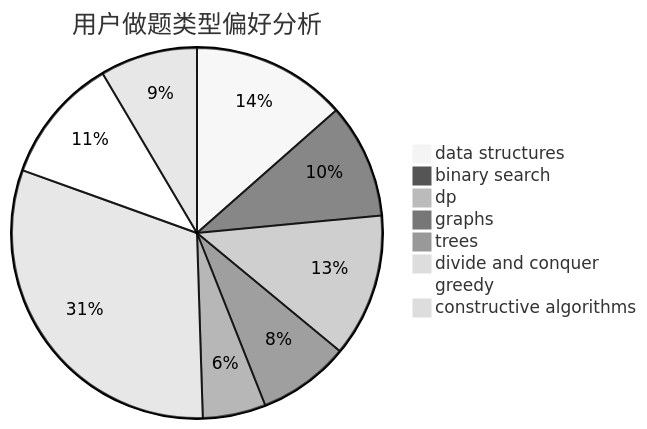
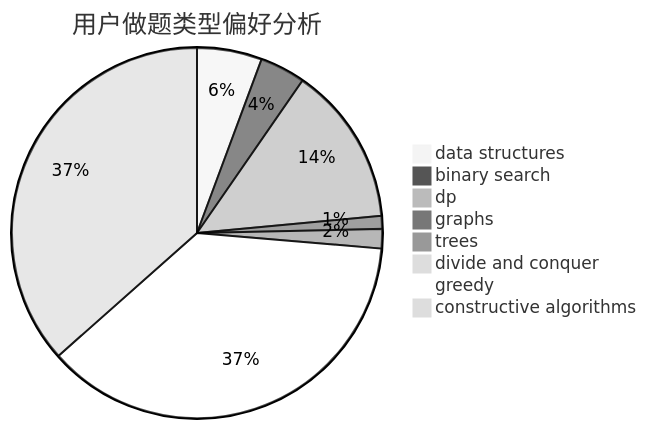
One commit to sherpahu/cfrs.github.io changed the second of 3 diagrams in docs/user/u1352.md. Above: the diagram before and after it, drawn with Mermaid (neutral theme). The commit also changed other lines of this file and 2770 other files, not shown here.

````diff
--- a/docs/user/u1352.md
+++ b/docs/user/u1352.md
@@ -23,11 +23,11 @@
 ```mermaid
 pie title 用户做题类型偏好分析
-    "data structures" :  27
-    "binary search" :  20
-    "dp" :  25
-    "graphs" :  16
-    "trees" :  11
-    "divide and conquer" :  62
-    "greedy" :  22
-    "constructive algorithms" :  17
+    "data structures" :  20
+    "binary search" :  14
+    "dp" :  49
+    "graphs" :  4
+    "trees" :  6
+    "divide and conquer" :  0
+    "greedy" :  131
+    "constructive algorithms" :  129
 ```
````
